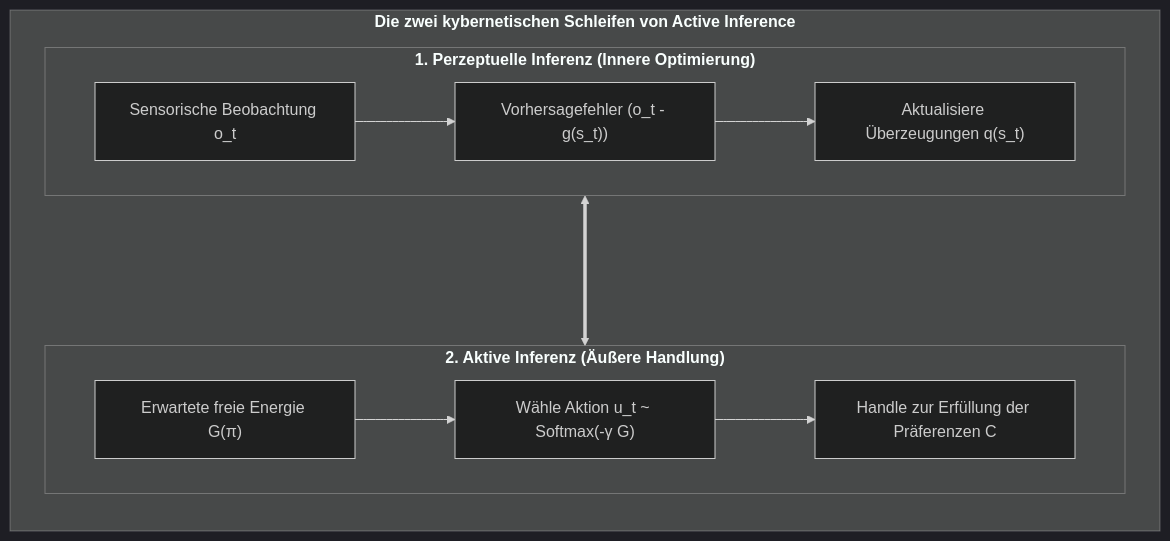
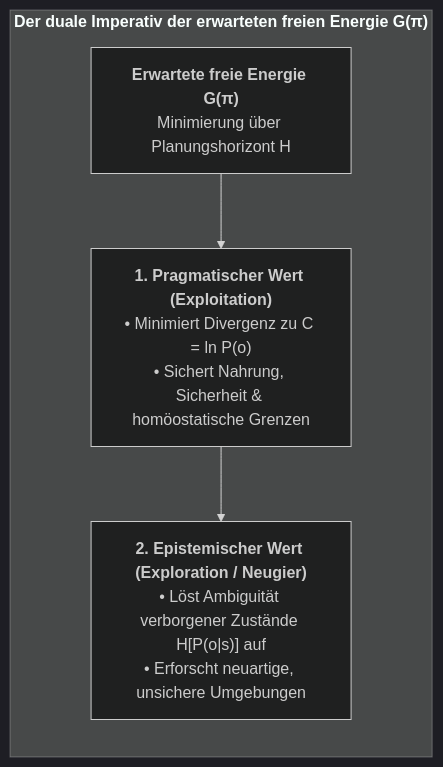
Before and after one commit to Thriebl/active-inference-phi-network: the sixth of 7 diagrams in book/manuscript_de/02_kybernetische_engine_free_energy_principle_de.md, drawn with Mermaid (dark theme). The commit also changed other lines of this file and 16 other files, not shown here.

````diff
--- a/book/manuscript_de/02_kybernetische_engine_free_energy_principle_de.md
+++ b/book/manuscript_de/02_kybernetische_engine_free_energy_principle_de.md
@@ -43,18 +241,14 @@
 ```mermaid
-flowchart LR
-    subgraph DUAL_LOOPS["<b>Die zwei kybernetischen Schleifen von Active Inference</b>"]
+flowchart TD
+    subgraph EFE_BALANCE["<b>Der duale Imperativ der erwarteten freien Energie G(π)</b>"]
         direction TB
         
-        subgraph PERCEPTION["<b>1. Perzeptuelle Inferenz (Innere Optimierung)</b>"]
-            P1["Sensorische Beobachtung o_t"] --> P2["Vorhersagefehler (o_t - g(s_t))"]
-            P2 --> P3["Aktualisiere Überzeugungen q(s_t)"]
-        end
+        G_TOTAL["<b>Erwartete freie Energie G(π)</b><br>Minimierung über Planungshorizont H"]
         
-        subgraph ACTION["<b>2. Aktive Inferenz (Äußere Handlung)</b>"]
-            A1["Erwartete freie Energie G(π)"] --> A2["Wähle Aktion u_t ~ Softmax(-γ G)"]
-            A2 --> A3["Handle zur Erfüllung der Präferenzen C"]
-        end
+        PRAGMATIC["<b>1. Pragmatischer Wert (Exploitation)</b><br>• Minimiert Divergenz zu C = ln P(o)<br>• Sichert Nahrung, Sicherheit & homöostatische Grenzen"]
         
-        PERCEPTION <===> ACTION
+        EPISTEMIC["<b>2. Epistemischer Wert (Exploration / Neugier)</b><br>• Löst Ambiguität verborgener Zustände H[P(o|s)] auf<br>• Erforscht neuartige, unsichere Umgebungen"]
+        
+        G_TOTAL --> PRAGMATIC --> EPISTEMIC
     end
 ```
````
